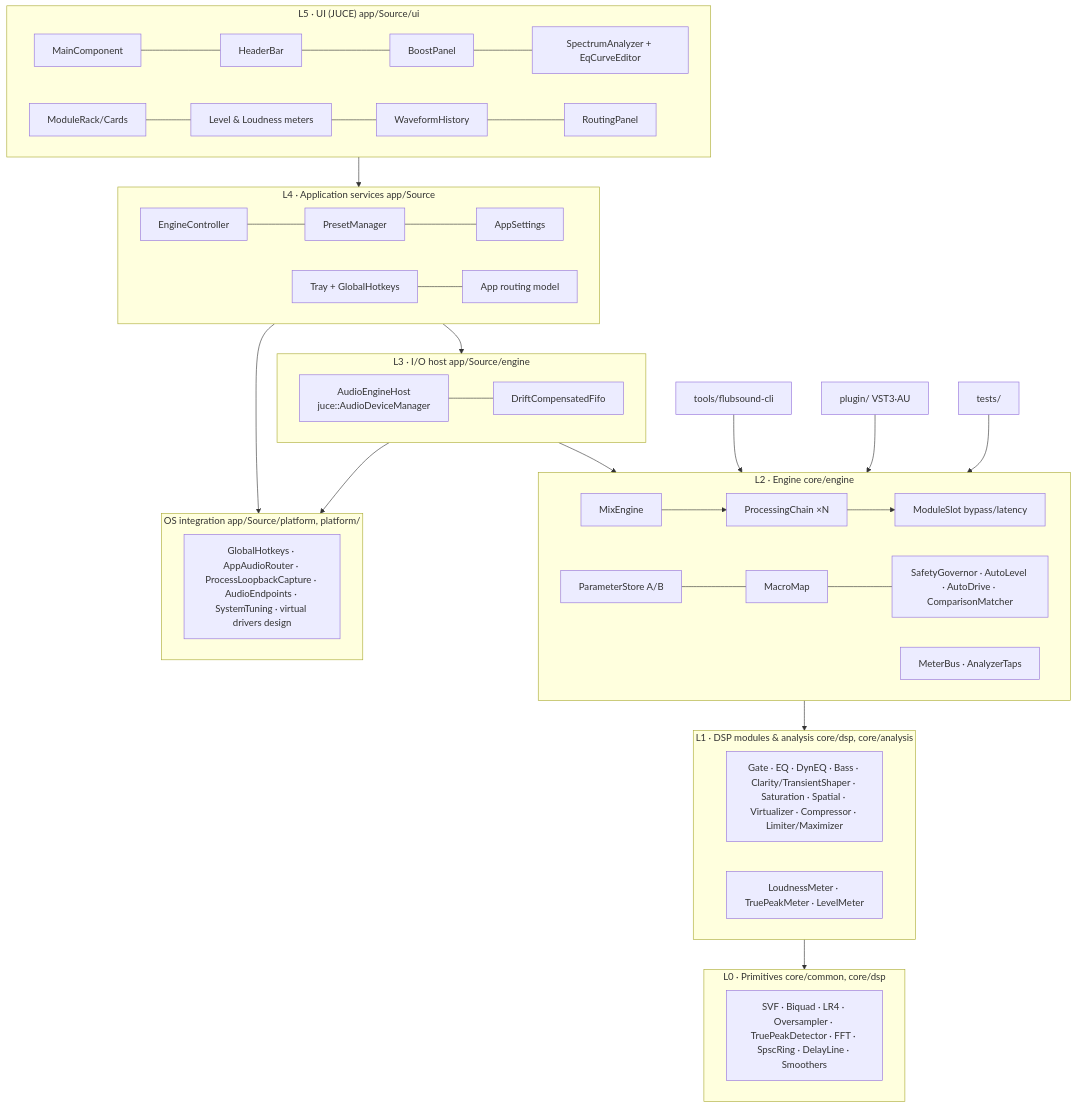
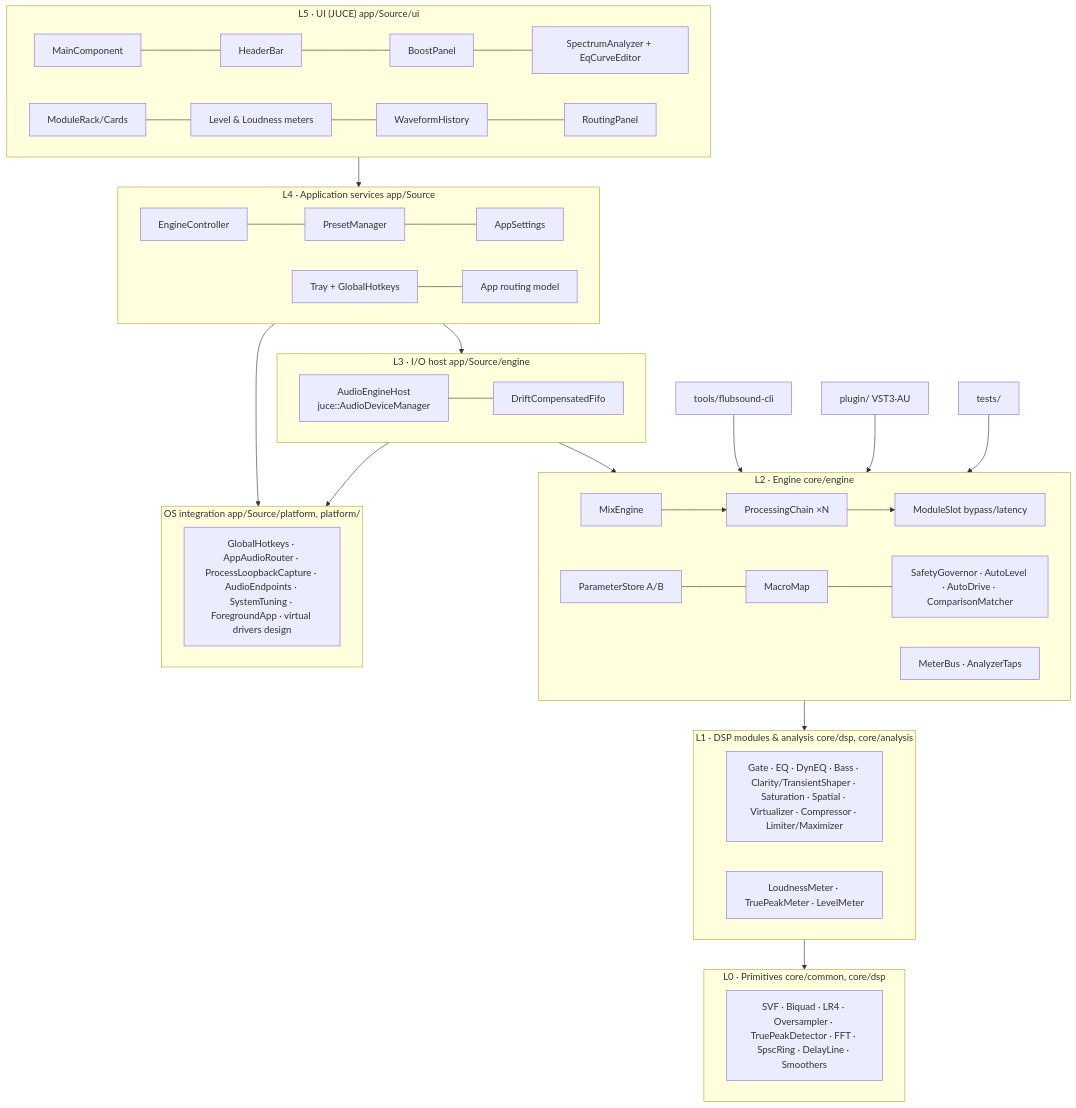
The second of 4 diagrams in docs/01-architecture.md (flubydooby-creator/Flubsound), drawn with Mermaid before and after one commit. The commit also changed other lines of this file and 33 other files, not shown here.

````diff
--- a/docs/01-architecture.md
+++ b/docs/01-architecture.md
@@ -62,36 +62,36 @@
 ```mermaid
 flowchart TB
     subgraph L5["L5 · UI (JUCE)  app/Source/ui"]
         MC[MainComponent] --- HB[HeaderBar] --- BP[BoostPanel] --- SA[SpectrumAnalyzer + EqCurveEditor]
         MR[ModuleRack/Cards] --- LM[Level & Loudness meters] --- WH[WaveformHistory] --- RP[RoutingPanel]
     end
     subgraph L4["L4 · Application services  app/Source"]
         EC[EngineController] --- PM[PresetManager] --- AS[AppSettings]
         TR[Tray + GlobalHotkeys] --- RM[App routing model]
     end
     subgraph L3["L3 · I/O host  app/Source/engine"]
         AEH[AudioEngineHost<br/>juce::AudioDeviceManager] --- DCF[DriftCompensatedFifo]
     end
     subgraph L2["L2 · Engine  core/engine"]
         MXE[MixEngine] --> PC[ProcessingChain ×N] --> SL[ModuleSlot bypass/latency]
         PS[ParameterStore A/B] --- MM[MacroMap] --- PR[SafetyGovernor · AutoLevel · AutoDrive · ComparisonMatcher]
         MB[MeterBus · AnalyzerTaps]
     end
     subgraph L1["L1 · DSP modules & analysis  core/dsp, core/analysis"]
         MOD[Gate · EQ · DynEQ · Bass · Clarity/TransientShaper · Saturation · Spatial · Virtualizer · Compressor · Limiter/Maximizer]
         AN[LoudnessMeter · TruePeakMeter · LevelMeter]
     end
     subgraph L0["L0 · Primitives  core/common, core/dsp"]
         PRIM[SVF · Biquad · LR4 · Oversampler · TruePeakDetector · FFT · SpscRing · DelayLine · Smoothers]
     end
     subgraph OSL["OS integration  app/Source/platform, platform/"]
-        PSV[GlobalHotkeys · AppAudioRouter · ProcessLoopbackCapture · AudioEndpoints · SystemTuning · virtual drivers design]
+        PSV[GlobalHotkeys · AppAudioRouter · ProcessLoopbackCapture · AudioEndpoints · SystemTuning · ForegroundApp · virtual drivers design]
     end
 
     L5 --> L4 --> L3 --> L2 --> L1 --> L0
     L4 --> OSL
     L3 --> OSL
     CLI[tools/flubsound-cli] --> L2
     PLG[plugin/ VST3·AU] --> L2
     TST[tests/] --> L2
 ```
````
